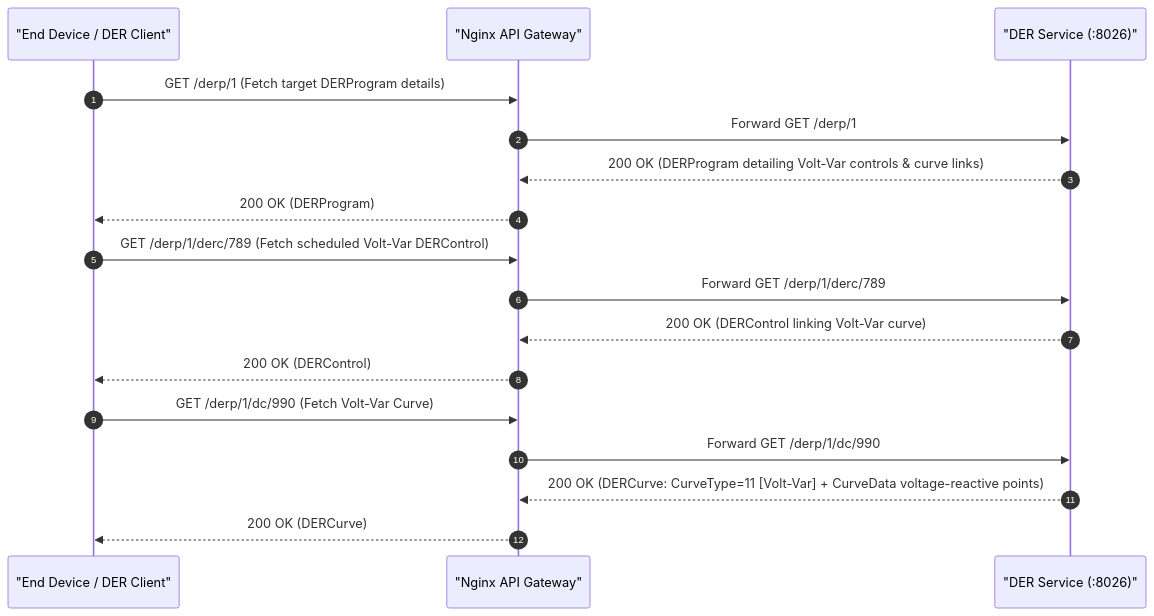
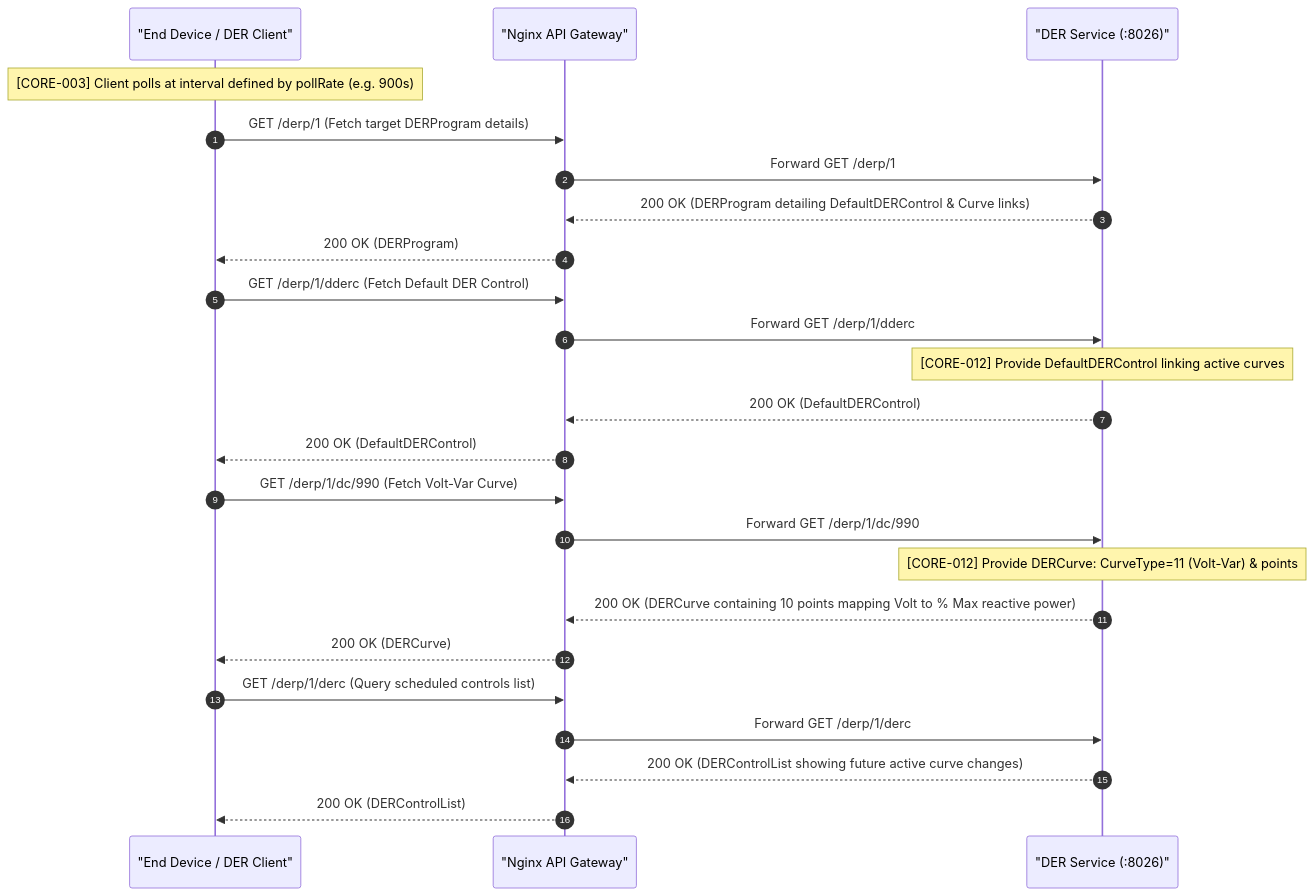
Before and after one commit to Tylores/egot: the second of 6 diagrams in lifecycles/voltage_management.md, drawn with Mermaid. The commit also changed other lines of this file and 68 other files, not shown here.

Commit message:
refactor: migrate to microservices architecture, add validation tools and scenario tests

````diff
--- a/lifecycles/voltage_management.md
+++ b/lifecycles/voltage_management.md
@@ -47,22 +65,30 @@
 ```mermaid
 sequenceDiagram
     autonumber
     participant Client as "End Device / DER Client"
     participant GW as "Nginx API Gateway"
     participant DER as "DER Service (:8026)"
 
+    Note over Client: [CORE-003] Client polls at interval defined by pollRate (e.g. 900s)
     Client->>GW: GET /derp/1 (Fetch target DERProgram details)
     GW->>DER: Forward GET /derp/1
-    DER-->>GW: 200 OK (DERProgram detailing Volt-Var controls & curve links)
+    DER-->>GW: 200 OK (DERProgram detailing DefaultDERControl & Curve links)
     GW-->>Client: 200 OK (DERProgram)
 
-    Client->>GW: GET /derp/1/derc/789 (Fetch scheduled Volt-Var DERControl)
-    GW->>DER: Forward GET /derp/1/derc/789
-    DER-->>GW: 200 OK (DERControl linking Volt-Var curve)
-    GW-->>Client: 200 OK (DERControl)
+    Client->>GW: GET /derp/1/dderc (Fetch Default DER Control)
+    GW->>DER: Forward GET /derp/1/dderc
+    Note over DER: [CORE-012] Provide DefaultDERControl linking active curves
+    DER-->>GW: 200 OK (DefaultDERControl)
+    GW-->>Client: 200 OK (DefaultDERControl)
 
     Client->>GW: GET /derp/1/dc/990 (Fetch Volt-Var Curve)
     GW->>DER: Forward GET /derp/1/dc/990
-    DER-->>GW: 200 OK (DERCurve: CurveType=11 [Volt-Var] + CurveData voltage-reactive points)
+    Note over DER: [CORE-012] Provide DERCurve: CurveType=11 (Volt-Var) & points
+    DER-->>GW: 200 OK (DERCurve containing 10 points mapping Volt to % Max reactive power)
     GW-->>Client: 200 OK (DERCurve)
+
+    Client->>GW: GET /derp/1/derc (Query scheduled controls list)
+    GW->>DER: Forward GET /derp/1/derc
+    DER-->>GW: 200 OK (DERControlList showing future active curve changes)
+    GW-->>Client: 200 OK (DERControlList)
 ```
````
